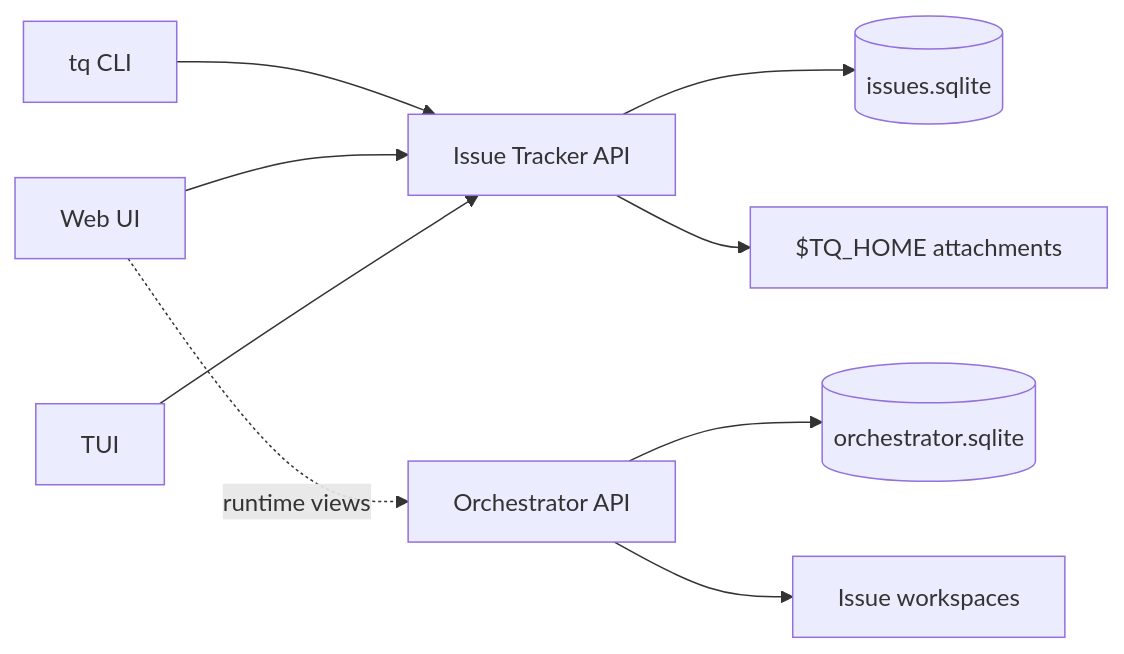
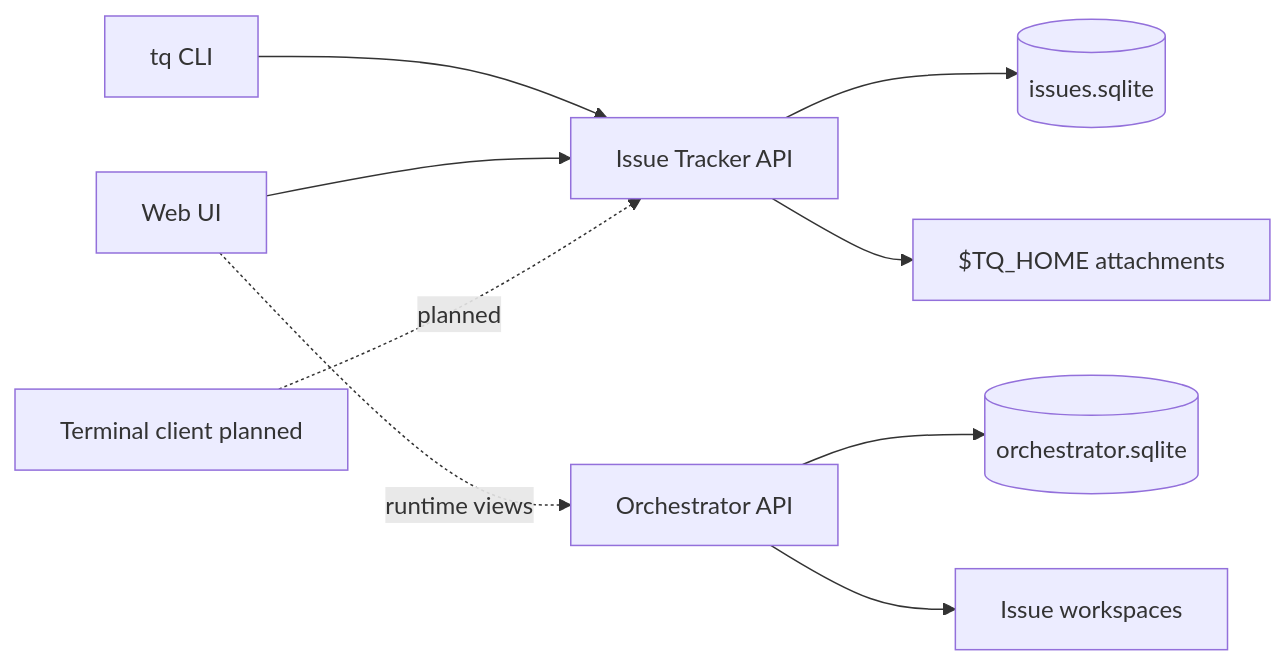
The diagram in docs/site/docs/getting-started/concepts/overview.md (version-1/tasq), drawn with Mermaid before and after one commit. The commit also changed other lines of this file and 5 other files, not shown here.

````diff
--- a/docs/site/docs/getting-started/concepts/overview.md
+++ b/docs/site/docs/getting-started/concepts/overview.md
@@ -21,11 +21,11 @@
 ```mermaid
 flowchart LR
   CLI[tq CLI] --> Tracker[Issue Tracker API]
   Web[Web UI] --> Tracker
-  TUI[TUI] --> Tracker
+  Terminal[Terminal client planned] -. planned .-> Tracker
   Tracker --> IssueDB[(issues.sqlite)]
   Tracker --> Attachments[$TQ_HOME attachments]
   Orchestrator[Orchestrator API] --> RunDB[(orchestrator.sqlite)]
   Orchestrator --> Workspaces[Issue workspaces]
   Web -. runtime views .-> Orchestrator
 ```
````
